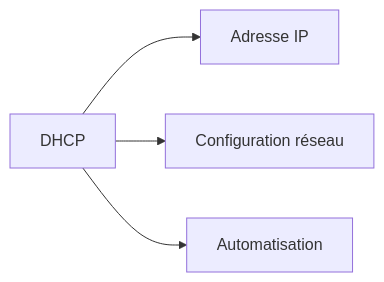
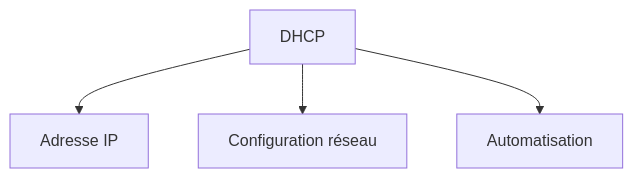
The tenth of 44 diagrams in docs/glossaire/administration-systeme.md (zyrass/omnydocs), drawn with Mermaid before and after one commit. The commit also changed other lines of this file and 1780 other files, not shown here.

````diff
--- a/docs/glossaire/administration-systeme.md
+++ b/docs/glossaire/administration-systeme.md
@@ -203,6 +245,6 @@
-    ```mermaid
-    graph LR
-        A[DHCP] --> B[Adresse IP]
-        A --> C[Configuration réseau]
-        A --> D[Automatisation]
-    ```
+```mermaid
+graph TB
+    A[DHCP] --> B[Adresse IP]
+    A --> C[Configuration réseau]
+    A --> D[Automatisation]
+```
````
